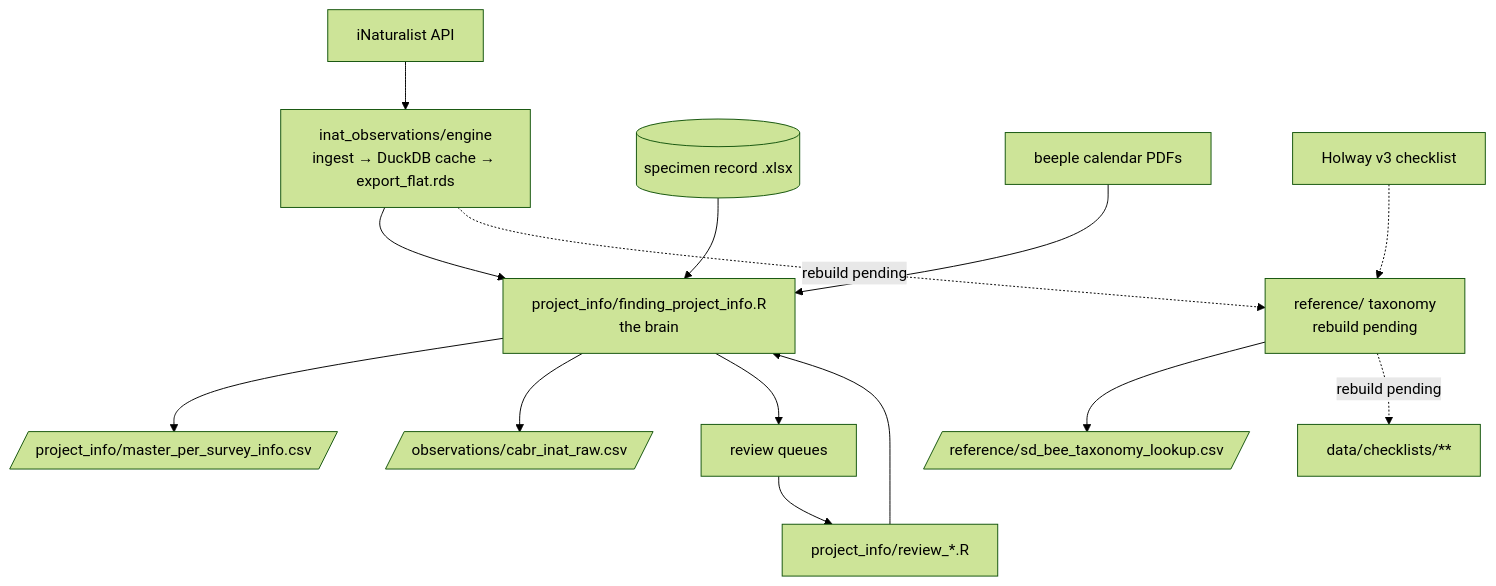
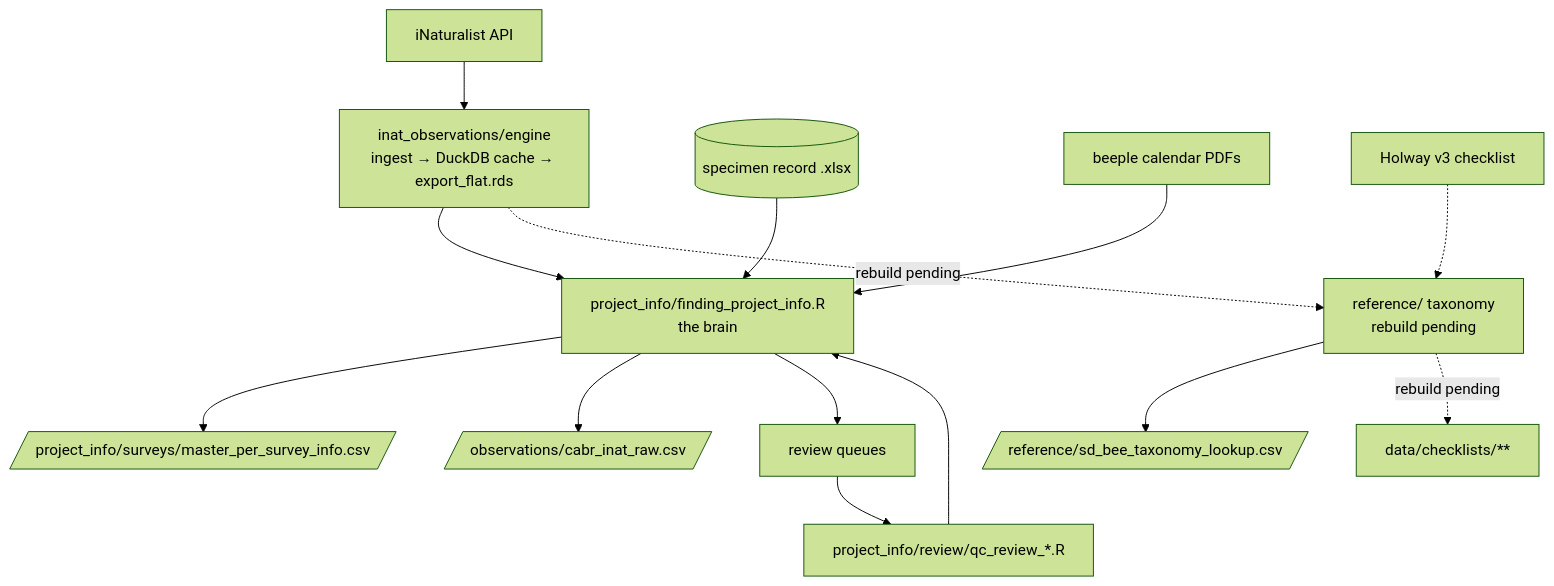
The diagram in dev-docs/SCRIPTS_GUIDE.md (RandomBirdLover/beescabr), drawn with Mermaid (forest theme) before and after one commit. The commit also changed other lines of this file and 77 other files, not shown here.

````diff
--- a/dev-docs/SCRIPTS_GUIDE.md
+++ b/dev-docs/SCRIPTS_GUIDE.md
@@ -56,13 +56,13 @@
 ```mermaid
 flowchart TD
   API[iNaturalist API] --> ENG[inat_observations/engine<br/>ingest → DuckDB cache → export_flat.rds]
   ENG --> BRAIN[project_info/finding_project_info.R<br/>the brain]
   SPEC[(specimen record .xlsx)] --> BRAIN
   CAL[beeple calendar PDFs] --> BRAIN
-  BRAIN --> PSI[/project_info/master_per_survey_info.csv/]
+  BRAIN --> PSI[/project_info/surveys/master_per_survey_info.csv/]
   BRAIN --> RAW[/observations/cabr_inat_raw.csv/]
-  BRAIN --> REV[review queues] --> RW[project_info/review_*.R] --> BRAIN
+  BRAIN --> REV[review queues] --> RW[project_info/review/qc_review_*.R] --> BRAIN
   ENG -.rebuild pending.-> REF[reference/ taxonomy<br/>rebuild pending] --> LOOK[/reference/sd_bee_taxonomy_lookup.csv/]
   HOL[Holway v3 checklist] -.-> REF
   REF -.rebuild pending.-> CHK[data/checklists/**]
 ```
````
